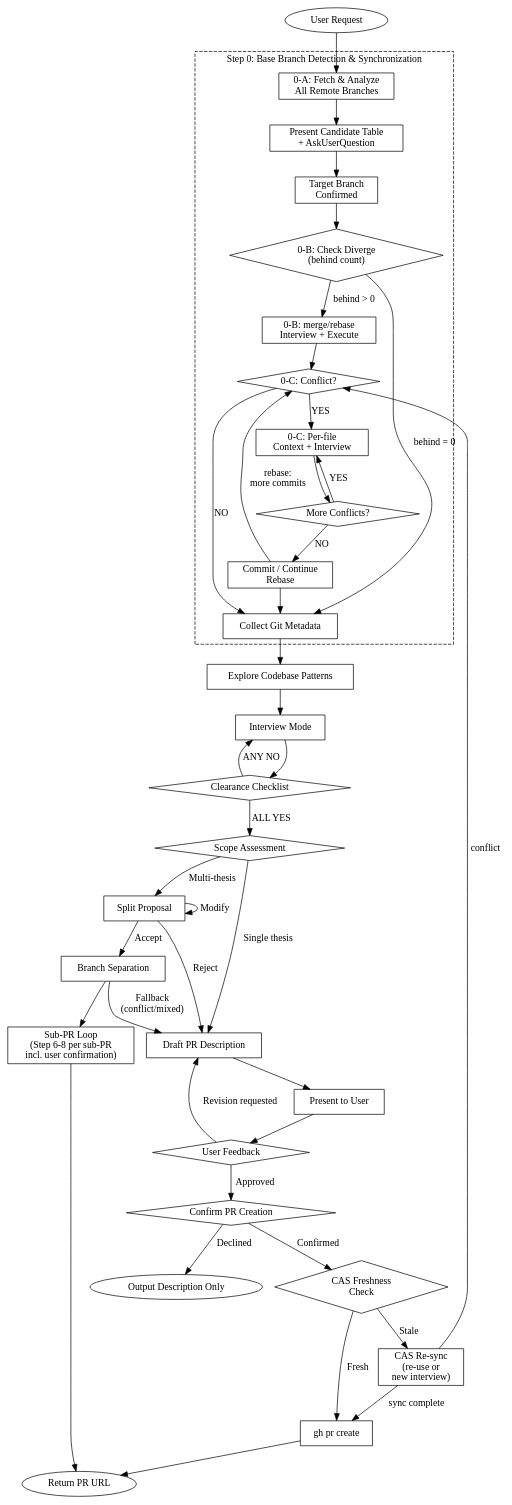
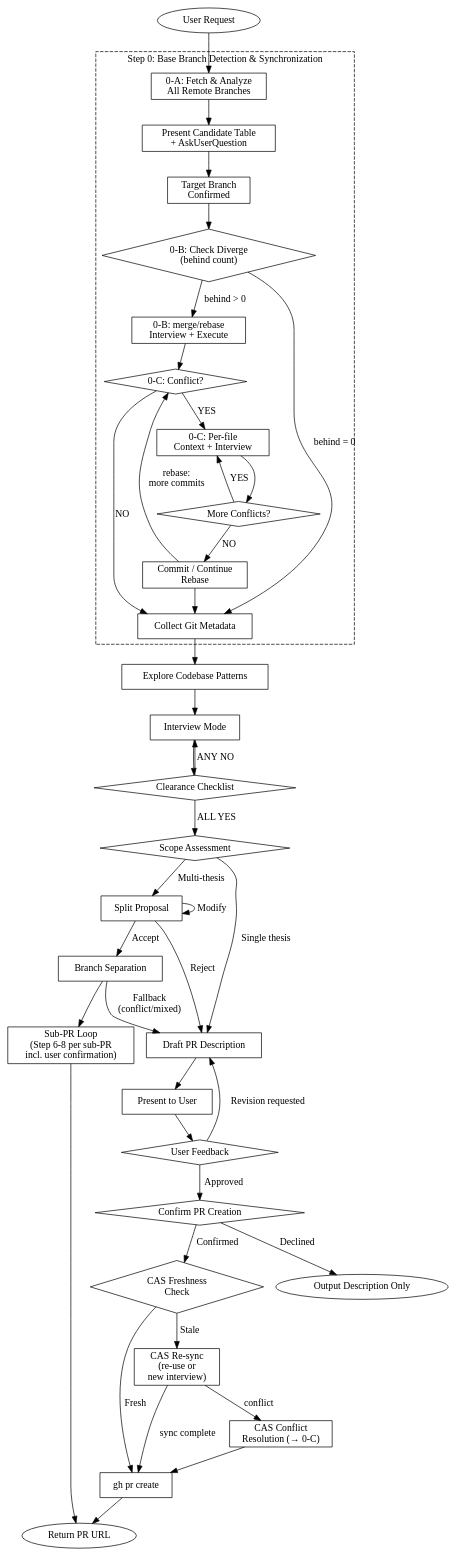
The diagram in skills/make-pr/SKILL.md (toongri/oh-my-toong-playground), drawn with Graphviz before and after one commit. The commit also changed 1 other file, not shown here.

Commit message:
fix: CAS conflict 다이어그램 경로·S25 추가·S23 수정
- SKILL.md: conflict 해결 후 Step 1 재시작 대신
  gh pr create 직행하는 전용 노드 추가
- S25: CAS stale + conflict 조합 시나리오 추가
- S23: rebase ours/theirs 매핑 오류 수정

````diff
--- a/skills/make-pr/SKILL.md
+++ b/skills/make-pr/SKILL.md
@@ -61,79 +61,81 @@
 ```dot
 digraph make_pr_flow {
     rankdir=TB;
 
     "User Request" [shape=ellipse];
 
     subgraph cluster_step0 {
         label="Step 0: Base Branch Detection & Synchronization";
         style=dashed;
         "0-A: Fetch & Analyze\nAll Remote Branches" [shape=box];
         "Present Candidate Table\n+ AskUserQuestion" [shape=box];
         "Target Branch\nConfirmed" [shape=box];
         "0-B: Check Diverge\n(behind count)" [shape=diamond];
         "0-B: merge/rebase\nInterview + Execute" [shape=box];
         "0-C: Conflict?" [shape=diamond];
         "0-C: Per-file\nContext + Interview" [shape=box];
         "More Conflicts?" [shape=diamond];
         "Commit / Continue\nRebase" [shape=box];
 
         "0-A: Fetch & Analyze\nAll Remote Branches" -> "Present Candidate Table\n+ AskUserQuestion";
         "Present Candidate Table\n+ AskUserQuestion" -> "Target Branch\nConfirmed";
         "Target Branch\nConfirmed" -> "0-B: Check Diverge\n(behind count)";
         "0-B: Check Diverge\n(behind count)" -> "0-B: merge/rebase\nInterview + Execute" [label="behind > 0"];
         "0-B: merge/rebase\nInterview + Execute" -> "0-C: Conflict?";
         "0-C: Conflict?" -> "0-C: Per-file\nContext + Interview" [label="YES"];
         "0-C: Conflict?" -> "Collect Git Metadata" [label="NO"];
         "0-C: Per-file\nContext + Interview" -> "More Conflicts?";
         "More Conflicts?" -> "0-C: Per-file\nContext + Interview" [label="YES"];
         "More Conflicts?" -> "Commit / Continue\nRebase" [label="NO"];
     }
 
     "Collect Git Metadata" [shape=box];
     "Explore Codebase Patterns" [shape=box];
     "Interview Mode" [shape=box];
     "Clearance Checklist" [shape=diamond];
     "Scope Assessment" [shape=diamond];
     "Split Proposal" [shape=box];
     "Branch Separation" [shape=box];
     "Sub-PR Loop\n(Step 6-8 per sub-PR\nincl. user confirmation)" [shape=box];
     "Draft PR Description" [shape=box];
     "Present to User" [shape=box];
     "User Feedback" [shape=diamond];
     "Confirm PR Creation" [shape=diamond];
     "CAS Freshness\nCheck" [shape=diamond];
     "gh pr create" [shape=box];
     "Return PR URL" [shape=ellipse];
     "Output Description Only" [shape=ellipse];
 
     "User Request" -> "0-A: Fetch & Analyze\nAll Remote Branches";
     "0-B: Check Diverge\n(behind count)" -> "Collect Git Metadata" [label="behind = 0"];
     "Commit / Continue\nRebase" -> "Collect Git Metadata";
     "Commit / Continue\nRebase" -> "0-C: Conflict?" [label="rebase:\nmore commits"];
     "Collect Git Metadata" -> "Explore Codebase Patterns";
     "Explore Codebase Patterns" -> "Interview Mode";
     "Interview Mode" -> "Clearance Checklist";
     "Clearance Checklist" -> "Interview Mode" [label="ANY NO"];
     "Clearance Checklist" -> "Scope Assessment" [label="ALL YES"];
     "Scope Assessment" -> "Draft PR Description" [label="Single thesis"];
     "Scope Assessment" -> "Split Proposal" [label="Multi-thesis"];
     "Split Proposal" -> "Branch Separation" [label="Accept"];
     "Split Proposal" -> "Draft PR Description" [label="Reject"];
     "Split Proposal" -> "Split Proposal" [label="Modify"];
     "Branch Separation" -> "Sub-PR Loop\n(Step 6-8 per sub-PR\nincl. user confirmation)";
     "Branch Separation" -> "Draft PR Description" [label="Fallback\n(conflict/mixed)"];
     "Sub-PR Loop\n(Step 6-8 per sub-PR\nincl. user confirmation)" -> "Return PR URL";
     "Draft PR Description" -> "Present to User";
     "Present to User" -> "User Feedback";
     "User Feedback" -> "Draft PR Description" [label="Revision requested"];
     "User Feedback" -> "Confirm PR Creation" [label="Approved"];
     "Confirm PR Creation" -> "Output Description Only" [label="Declined"];
     "Confirm PR Creation" -> "CAS Freshness\nCheck" [label="Confirmed"];
     "CAS Freshness\nCheck" -> "gh pr create" [label="Fresh"];
     "CAS Re-sync\n(re-use or\nnew interview)" [shape=box];
+    "CAS Conflict\nResolution (→ 0-C)" [shape=box];
     "CAS Freshness\nCheck" -> "CAS Re-sync\n(re-use or\nnew interview)" [label="Stale"];
     "CAS Re-sync\n(re-use or\nnew interview)" -> "gh pr create" [label="sync complete"];
-    "CAS Re-sync\n(re-use or\nnew interview)" -> "0-C: Conflict?" [label="conflict"];
+    "CAS Re-sync\n(re-use or\nnew interview)" -> "CAS Conflict\nResolution (→ 0-C)" [label="conflict"];
+    "CAS Conflict\nResolution (→ 0-C)" -> "gh pr create";
     "gh pr create" -> "Return PR URL";
 }
 ```
````
